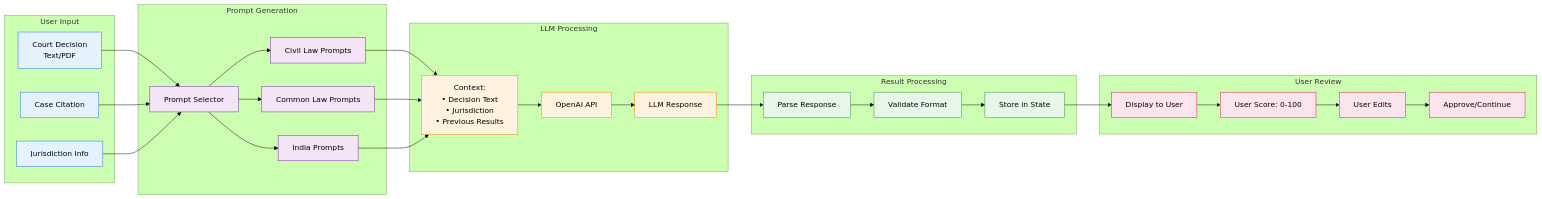
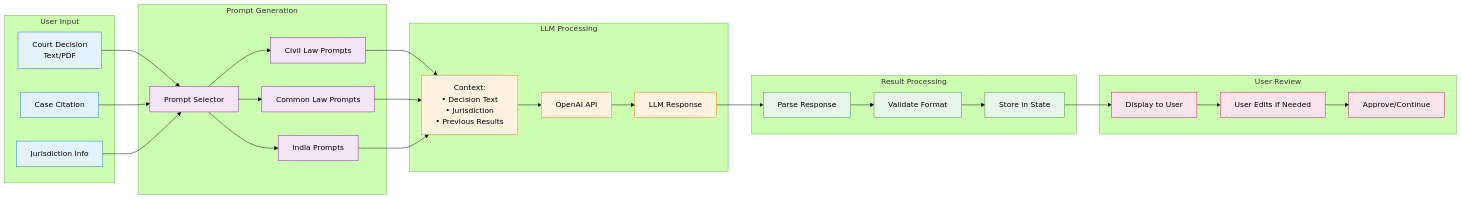
Before and after one commit to Choice-of-Law-Dataverse/cold-case-analysis: the fourth of 7 diagrams in docs/ARCHITECTURE.md, drawn with Mermaid (forest theme). The commit also changed other lines of this file and 8 other files, not shown here.

````diff
--- a/docs/ARCHITECTURE.md
+++ b/docs/ARCHITECTURE.md
@@ -451,68 +448,66 @@
 ```mermaid
 flowchart LR
     subgraph "User Input"
         Text[Court Decision<br/>Text/PDF]
         Citation[Case Citation]
         Jurisdiction[Jurisdiction Info]
     end
     
     subgraph "Prompt Generation"
         PromptSelector[Prompt Selector]
         CivilLaw[Civil Law Prompts]
         CommonLaw[Common Law Prompts]
         India[India Prompts]
     end
     
     subgraph "LLM Processing"
         OpenAI[OpenAI API]
         Context[Context:<br/>• Decision Text<br/>• Jurisdiction<br/>• Previous Results]
         Response[LLM Response]
     end
     
     subgraph "Result Processing"
         Parse[Parse Response]
         Validate[Validate Format]
         Store[Store in State]
     end
     
     subgraph "User Review"
         Display[Display to User]
-        Score[User Score: 0-100]
-        Edit[User Edits]
+        Edit[User Edits if Needed]
         Approve[Approve/Continue]
     end
-    
+
     Text --> PromptSelector
     Citation --> PromptSelector
     Jurisdiction --> PromptSelector
-    
+
     PromptSelector --> CivilLaw
     PromptSelector --> CommonLaw
     PromptSelector --> India
-    
+
     CivilLaw --> Context
     CommonLaw --> Context
     India --> Context
-    
+
     Context --> OpenAI
     OpenAI --> Response
     Response --> Parse
     Parse --> Validate
     Validate --> Store
     Store --> Display
-    Display --> Score
-    Score --> Edit
+    Display --> Edit
     Edit --> Approve
-    
+
     classDef input fill:#e3f2fd,stroke:#1976d2
     classDef prompt fill:#f3e5f5,stroke:#7b1fa2
     classDef llm fill:#fff3e0,stroke:#f57c00
     classDef process fill:#e8f5e9,stroke:#388e3c
     classDef user fill:#fce4ec,stroke:#c2185b
-    
+
     class Text,Citation,Jurisdiction input
     class PromptSelector,CivilLaw,CommonLaw,India prompt
     class OpenAI,Context,Response llm
     class Parse,Validate,Store process
-    class Display,Score,Edit,Approve user
+    class Display,Edit,Approve user
 ```
````
